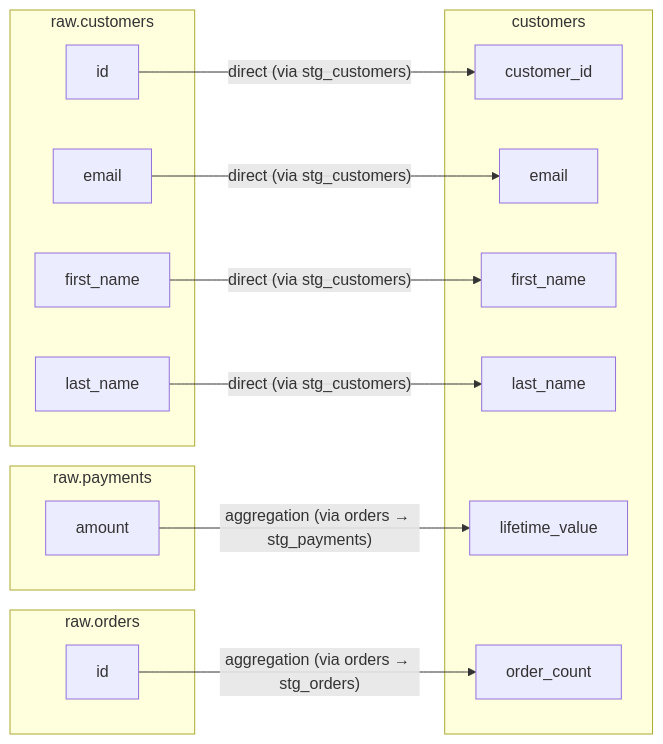
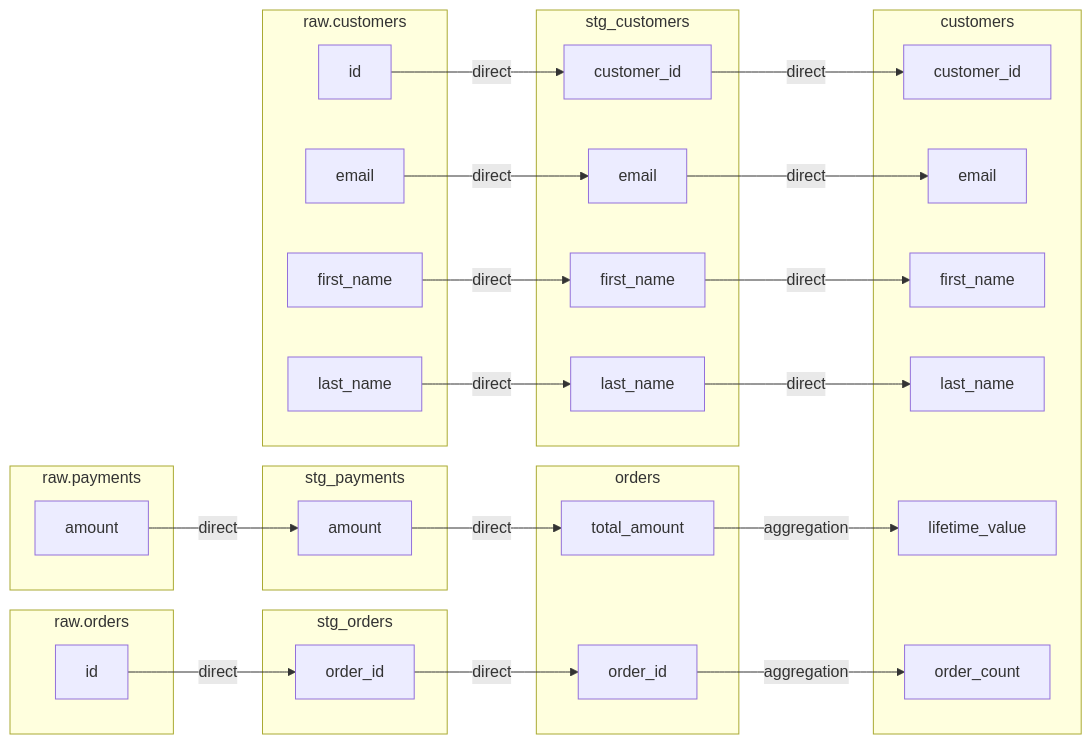
One commit to eitsupi/dlin changed the fourth of 5 diagrams in README.md. Above: the diagram before and after it, drawn with Mermaid. The commit also changed other lines of this file and 12 other files, not shown here.

````diff
--- a/README.md
+++ b/README.md
@@ -269,30 +269,54 @@
 ```mermaid
 flowchart LR
   subgraph sg0["customers"]
     n0_0["customer_id"]
     n0_1["email"]
     n0_2["first_name"]
     n0_3["last_name"]
     n0_4["lifetime_value"]
     n0_5["order_count"]
   end
-  subgraph sg1["raw.customers"]
-    n1_0["email"]
-    n1_1["first_name"]
-    n1_2["id"]
-    n1_3["last_name"]
+  subgraph sg1["orders"]
+    n1_0["order_id"]
+    n1_1["total_amount"]
   end
-  subgraph sg2["raw.orders"]
-    n2_0["id"]
+  subgraph sg2["raw.customers"]
+    n2_0["email"]
+    n2_1["first_name"]
+    n2_2["id"]
+    n2_3["last_name"]
   end
-  subgraph sg3["raw.payments"]
-    n3_0["amount"]
+  subgraph sg3["raw.orders"]
+    n3_0["id"]
+  end
+  subgraph sg4["raw.payments"]
+    n4_0["amount"]
+  end
+  subgraph sg5["stg_customers"]
+    n5_0["customer_id"]
+    n5_1["email"]
+    n5_2["first_name"]
+    n5_3["last_name"]
+  end
+  subgraph sg6["stg_orders"]
+    n6_0["order_id"]
+  end
+  subgraph sg7["stg_payments"]
+    n7_0["amount"]
   end
 
-  n1_2 -->|"direct (via stg_customers)"|n0_0
-  n1_0 -->|"direct (via stg_customers)"|n0_1
-  n1_1 -->|"direct (via stg_customers)"|n0_2
-  n1_3 -->|"direct (via stg_customers)"|n0_3
-  n3_0 -->|"aggregation (via orders → stg_payments)"|n0_4
-  n2_0 -->|"aggregation (via orders → stg_orders)"|n0_5
+  n2_2 -->|"direct"|n5_0
+  n5_0 -->|"direct"|n0_0
+  n2_0 -->|"direct"|n5_1
+  n5_1 -->|"direct"|n0_1
+  n2_1 -->|"direct"|n5_2
+  n5_2 -->|"direct"|n0_2
+  n2_3 -->|"direct"|n5_3
+  n5_3 -->|"direct"|n0_3
+  n4_0 -->|"direct"|n7_0
+  n7_0 -->|"direct"|n1_1
+  n1_1 -->|"aggregation"|n0_4
+  n3_0 -->|"direct"|n6_0
+  n6_0 -->|"direct"|n1_0
+  n1_0 -->|"aggregation"|n0_5
 ```
````
